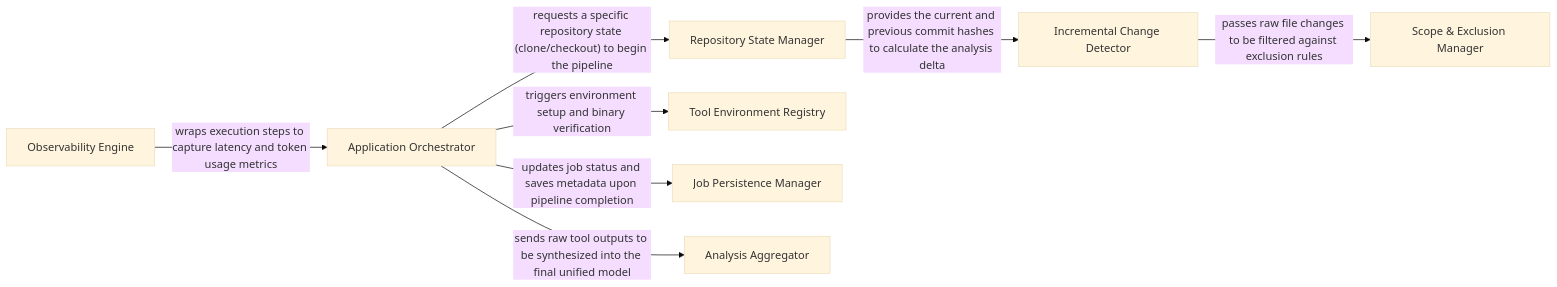
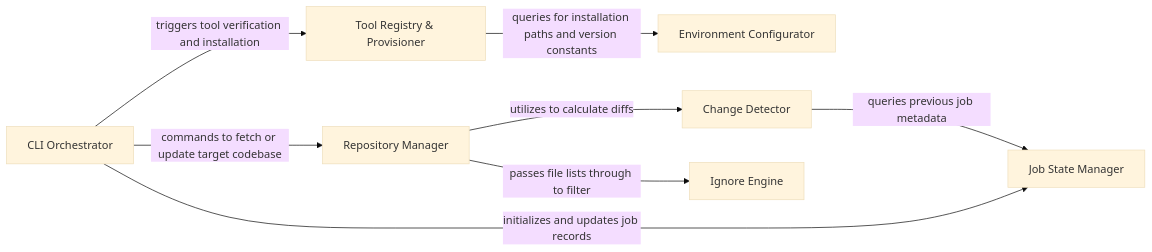
The diagram in .codeboarding/Application_Orchestrator_Repository_Manager.md (CodeBoarding/CodeBoarding), drawn with Mermaid (base theme) before and after one commit. The commit also changed other lines of this file and 10 other files, not shown here.

````diff
--- a/.codeboarding/Application_Orchestrator_Repository_Manager.md
+++ b/.codeboarding/Application_Orchestrator_Repository_Manager.md
@@ -1,18 +1,17 @@
 ```mermaid
 graph LR
-    Application_Orchestrator["Application Orchestrator"]
-    Repository_State_Manager["Repository State Manager"]
-    Incremental_Change_Detector["Incremental Change Detector"]
-    Tool_Environment_Registry["Tool Environment Registry"]
-    Scope_Exclusion_Manager["Scope & Exclusion Manager"]
-    Job_Persistence_Manager["Job Persistence Manager"]
-    Analysis_Aggregator["Analysis Aggregator"]
-    Observability_Engine["Observability Engine"]
-    Application_Orchestrator -- "triggers environment setup and binary verification" --> Tool_Environment_Registry
-    Application_Orchestrator -- "requests a specific repository state (clone/checkout) to begin the pipeline" --> Repository_State_Manager
-    Repository_State_Manager -- "provides the current and previous commit hashes to calculate the analysis delta" --> Incremental_Change_Detector
-    Incremental_Change_Detector -- "passes raw file changes to be filtered against exclusion rules" --> Scope_Exclusion_Manager
-    Application_Orchestrator -- "sends raw tool outputs to be synthesized into the final unified model" --> Analysis_Aggregator
-    Application_Orchestrator -- "updates job status and saves metadata upon pipeline completion" --> Job_Persistence_Manager
-    Observability_Engine -- "wraps execution steps to capture latency and token usage metrics" --> Application_Orchestrator
+    CLI_Orchestrator["CLI Orchestrator"]
+    Repository_Manager["Repository Manager"]
+    Change_Detector["Change Detector"]
+    Tool_Registry_Provisioner["Tool Registry & Provisioner"]
+    Job_State_Manager["Job State Manager"]
+    Ignore_Engine["Ignore Engine"]
+    Environment_Configurator["Environment Configurator"]
+    CLI_Orchestrator -- "triggers tool verification and installation" --> Tool_Registry_Provisioner
+    CLI_Orchestrator -- "commands to fetch or update target codebase" --> Repository_Manager
+    CLI_Orchestrator -- "initializes and updates job records" --> Job_State_Manager
+    Repository_Manager -- "utilizes to calculate diffs" --> Change_Detector
+    Repository_Manager -- "passes file lists through to filter" --> Ignore_Engine
+    Tool_Registry_Provisioner -- "queries for installation paths and version constants" --> Environment_Configurator
+    Change_Detector -- "queries previous job metadata" --> Job_State_Manager
 ```
````
